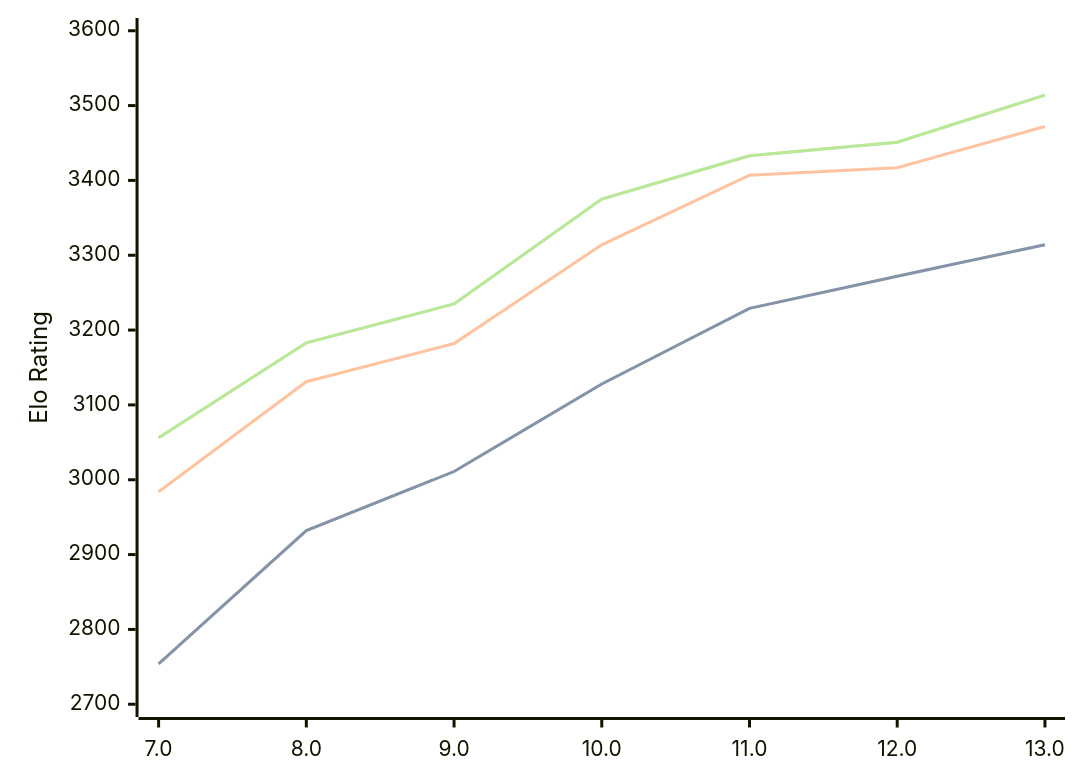
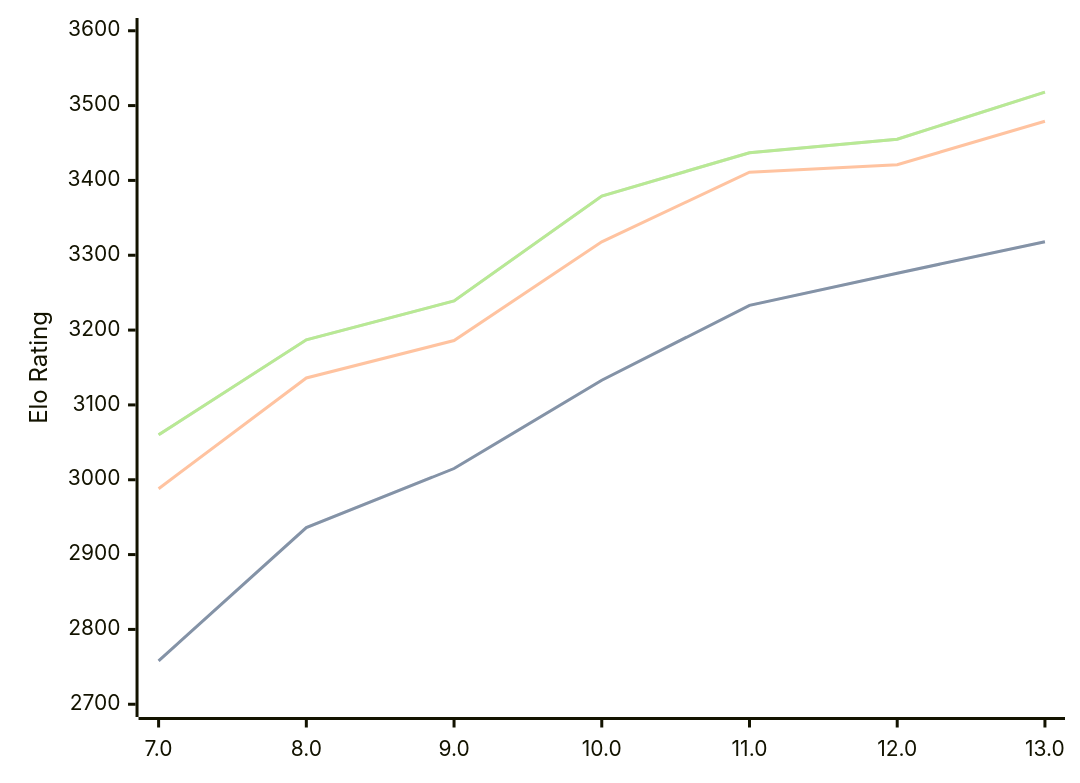
Before and after one commit to computer-chess-index/cci: the diagram in engines/Tcheran.md, drawn with Mermaid. The commit also changed other lines of this file, not shown here.

Commit message:
Update CCI Ratings (ELO VLTC) - 2026-08-18

````diff
--- a/engines/Tcheran.md
+++ b/engines/Tcheran.md
@@ -37,11 +37,11 @@
 ```mermaid
 %%{init: {"theme":"base","themeVariables":{"seriesColors:['#a3a3a3','#222221','#faa371']}}}%%
 xychart-beta
   x-axis ["7.0", "8.0", "9.0", "10.0", "11.0", "12.0", "13.0"]
   y-axis "Elo Rating" 2700 --> 3600
-  line "STC (8.0+0.08s)" [2754, 2932, 3011, 3128, 3229, 3272, 3314]
-  line "STC (8.0+0.08s)" [2754, 2932, 3011, 3128, 3229, 3272, 3314]
-  line "LTC (60.0+0.60s)" [2984, 3131, 3182, 3314, 3407, 3417, 3472]
-  line "VLTC (2m24s+1.12s)" [3056, 3183, 3235, 3375, 3433, 3451, 3514]
-  line "VLTC (2m24s+1.12s)" [3056, 3183, 3235, 3375, 3433, 3451, 3514]
+  line "STC (8.0+0.08s)" [2758, 2936, 3015, 3133, 3233, 3276, 3318]
+  line "STC (8.0+0.08s)" [2758, 2936, 3015, 3133, 3233, 3276, 3318]
+  line "LTC (60.0+0.60s)" [2988, 3136, 3186, 3318, 3411, 3421, 3479]
+  line "VLTC (2m24s+1.12s)" [3060, 3187, 3239, 3379, 3437, 3455, 3518]
+  line "VLTC (2m24s+1.12s)" [3060, 3187, 3239, 3379, 3437, 3455, 3518]
 ```
````
